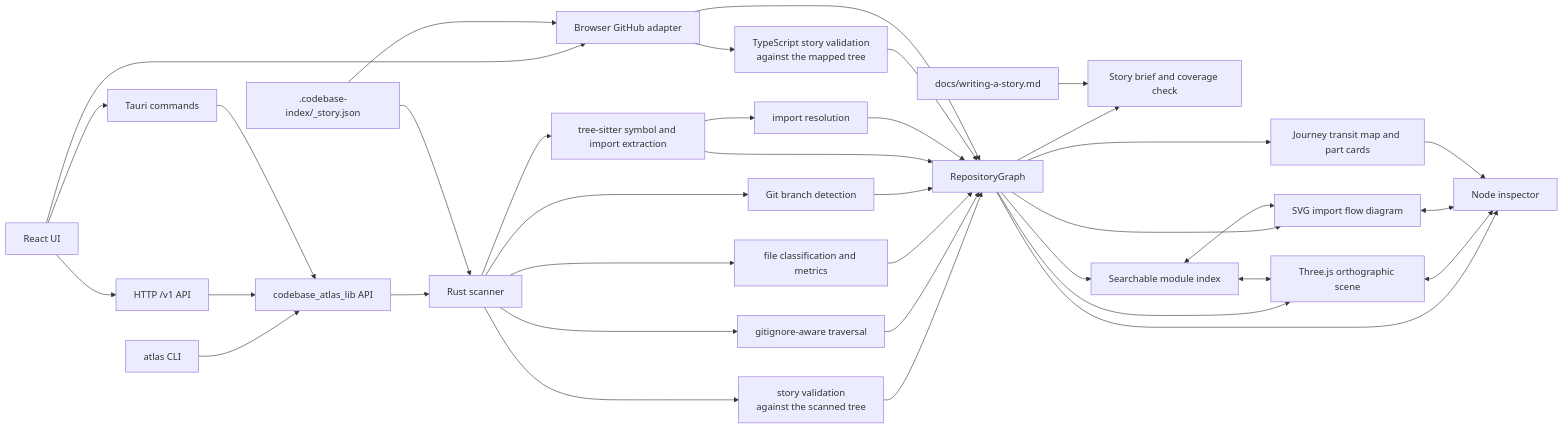
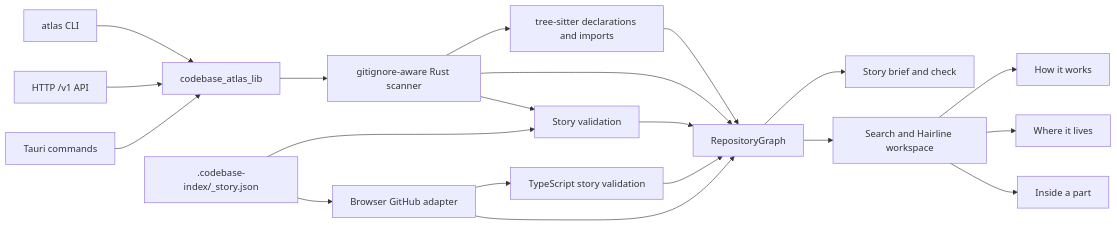
Before and after one commit to Volpestyle/codebase-atlas: the first of 2 diagrams in README.md, drawn with Mermaid. The commit also changed other lines of this file and 43 other files, not shown here.

````diff
--- a/README.md
+++ b/README.md
@@ -11,39 +9,22 @@
 ```mermaid
 flowchart LR
-    CLI[atlas CLI] --> API[codebase_atlas_lib API]
-    HTTP[HTTP /v1 API] --> API
-    Tauri[Tauri commands] --> API
-    UI[React UI] --> Tauri
-    UI --> HTTP
-    UI --> GH[Browser GitHub adapter]
-    API --> C[Rust scanner]
-    C --> D[gitignore-aware traversal]
-    C --> E[file classification and metrics]
-    C --> F[Git branch detection]
-    C --> O[tree-sitter symbol and import extraction]
-    O --> R[import resolution]
-    C --> V[story validation<br/>against the scanned tree]
-    V --> G
-    D --> G[RepositoryGraph]
-    E --> G
-    F --> G
-    O --> G
-    R --> G
-    GH --> W[TypeScript story validation<br/>against the mapped tree]
-    W --> G
-    GH --> G
-    M --> GH
-    M[".codebase-index/_story.json"] --> C
-    G --> B[Story brief and coverage check]
-    A[docs/writing-a-story.md] --> B
-    G --> I[Searchable module index]
-    G --> J[Three.js orthographic scene]
-    G --> P[SVG import flow diagram]
-    G --> N[Journey transit map and part cards]
-    G --> K[Node inspector]
-    I <--> J
-    I <--> P
-    J <--> K
-    P <--> K
-    N --> K
+  CLI[atlas CLI] --> API[codebase_atlas_lib]
+  HTTP[HTTP /v1 API] --> API
+  Tauri[Tauri commands] --> API
+  API --> Scanner[gitignore-aware Rust scanner]
+  Scanner --> Parse[tree-sitter declarations and imports]
+  Parse --> Graph[RepositoryGraph]
+  Scanner --> Graph
+  Story[.codebase-index/_story.json] --> Validate[Story validation]
+  Validate --> Graph
+  Scanner --> Validate
+  GH[Browser GitHub adapter] --> Web[TypeScript story validation]
+  Story --> GH
+  GH --> Graph
+  Web --> Graph
+  Graph --> Brief[Story brief and check]
+  Graph --> UI[Search and Hairline workspace]
+  UI --> Journey[How it works]
+  UI --> Territory[Where it lives]
+  UI --> Part[Inside a part]
 ```
````
